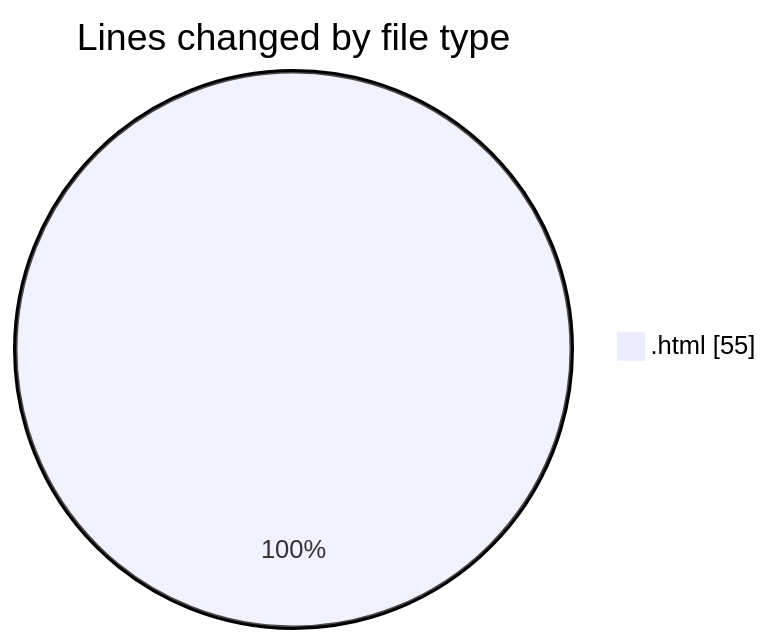
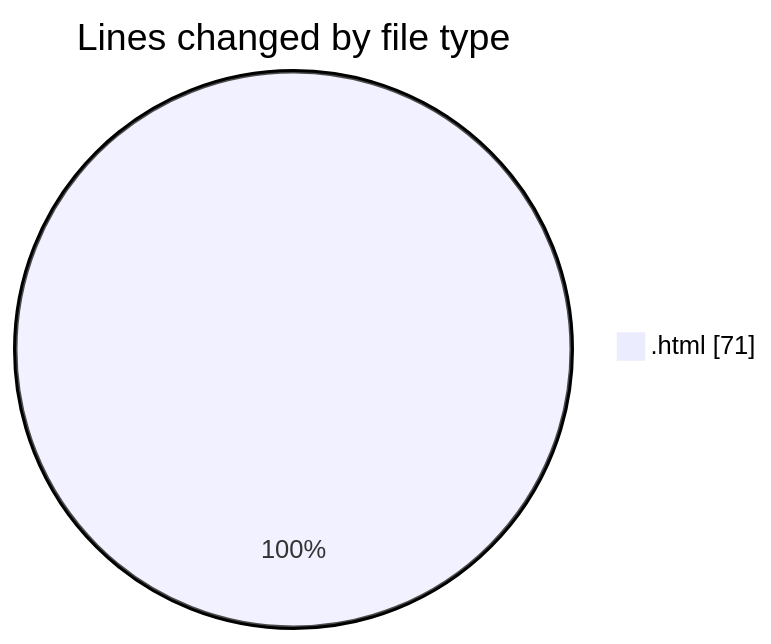
The first of 2 diagrams in 2025-01-07/nueva_carpeta/README.md (LanceThiago/code-tracking), drawn with Mermaid before and after one commit. The commit also changed other lines of this file and 1 other file, not shown here.

````diff
--- a/2025-01-07/nueva_carpeta/README.md
+++ b/2025-01-07/nueva_carpeta/README.md
@@ -20,5 +20,5 @@
 ```mermaid
 pie showData
 title Lines changed by file type
-".html" : 55
+".html" : 71
 ```
````
